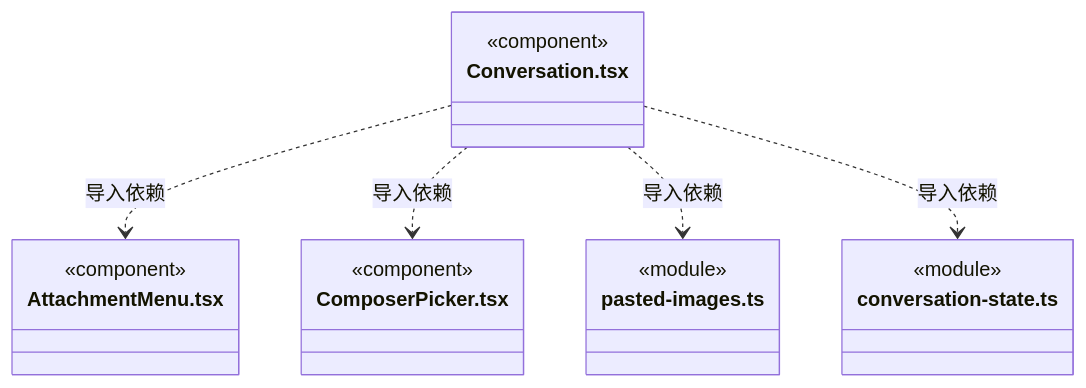
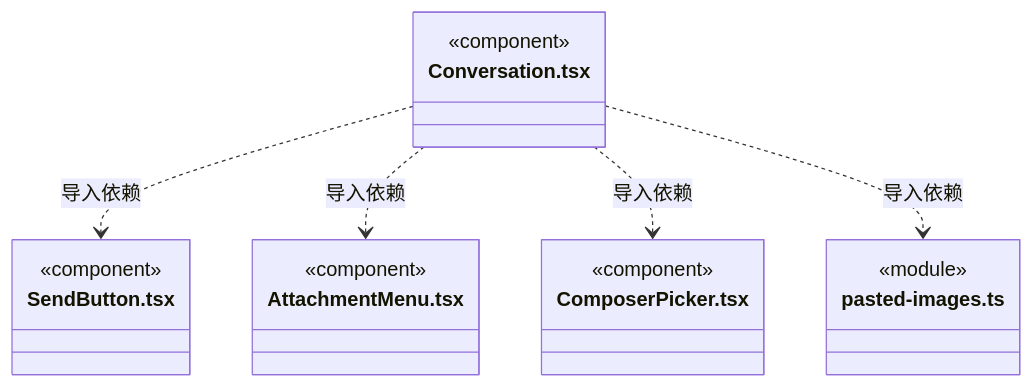
Before and after one commit to nan023062/cbim: diagram 47 of 54 in src/view/conversation/ARCHITECTURE.md, drawn with Mermaid. The commit also changed other lines of this file and 19 other files, not shown here.

````diff
--- a/src/view/conversation/ARCHITECTURE.md
+++ b/src/view/conversation/ARCHITECTURE.md
@@ -632,22 +722,22 @@
 ```mermaid
 classDiagram
 class N_src_view_conversation_Conversation_tsx["Conversation.tsx"] {
+  <<component>>
+}
+class N_src_view_conversation_SendButton_tsx["SendButton.tsx"] {
   <<component>>
 }
 class N_src_view_conversation_AttachmentMenu_tsx["AttachmentMenu.tsx"] {
   <<component>>
 }
 class N_src_view_conversation_ComposerPicker_tsx["ComposerPicker.tsx"] {
   <<component>>
 }
 class N_src_view_conversation_pasted_images_ts["pasted-images.ts"] {
   <<module>>
 }
-class N_src_view_conversation_conversation_state_ts["conversation-state.ts"] {
-  <<module>>
-}
+N_src_view_conversation_Conversation_tsx ..> N_src_view_conversation_SendButton_tsx : 导入依赖
 N_src_view_conversation_Conversation_tsx ..> N_src_view_conversation_AttachmentMenu_tsx : 导入依赖
 N_src_view_conversation_Conversation_tsx ..> N_src_view_conversation_ComposerPicker_tsx : 导入依赖
 N_src_view_conversation_Conversation_tsx ..> N_src_view_conversation_pasted_images_ts : 导入依赖
-N_src_view_conversation_Conversation_tsx ..> N_src_view_conversation_conversation_state_ts : 导入依赖
 ```
````
